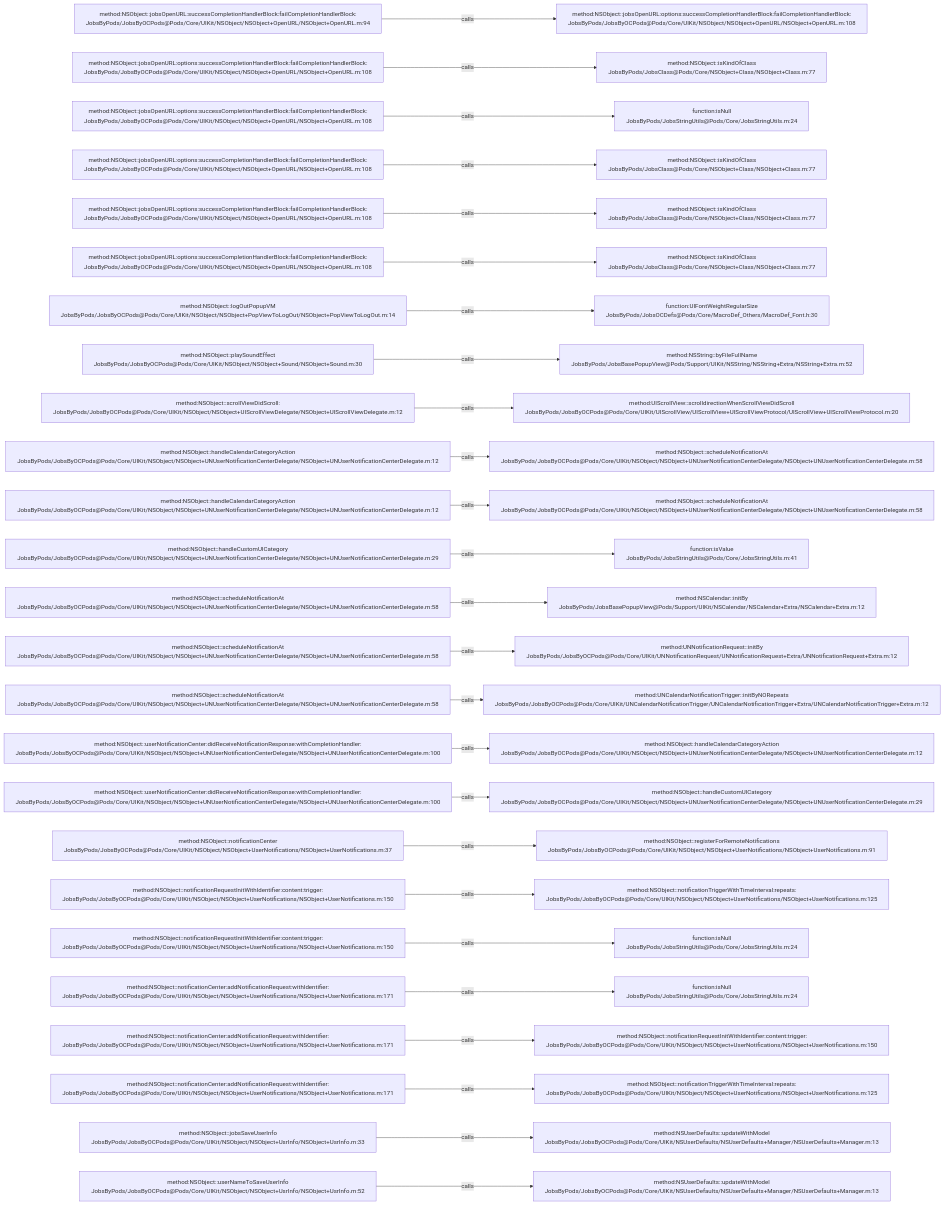
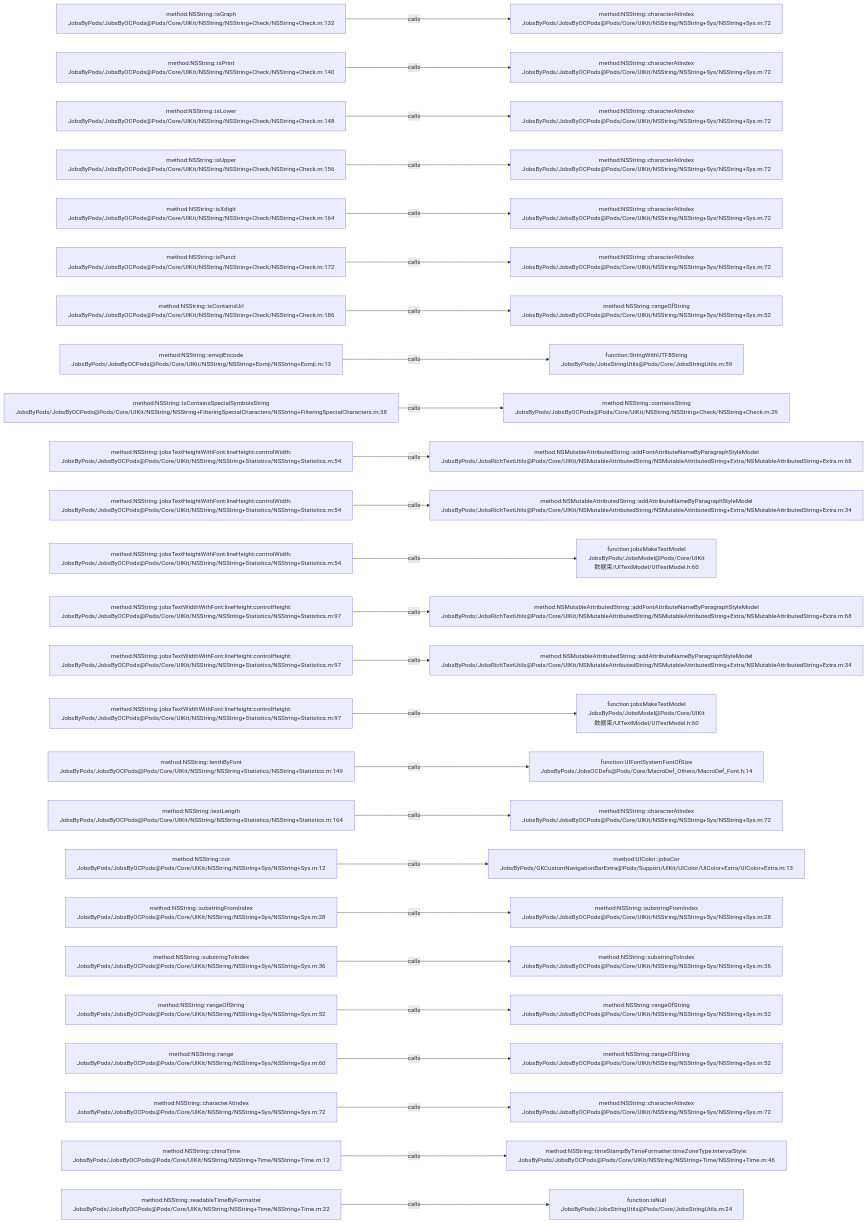
One commit to JobsKits/JobsOCBaseConfigDemo changed the diagram in .codegraph/codegraph.md/graphs/calls-054.md. Above: the diagram before and after it, drawn with Mermaid. The commit also changed 639 other files, not shown here.

````diff
--- a/.codegraph/codegraph.md/graphs/calls-054.md
+++ b/.codegraph/codegraph.md/graphs/calls-054.md
@@ -13,78 +13,78 @@
 ```mermaid
 flowchart LR
-  S1["method:NSObject::jobsOpenURL:successCompletionHandlerBlock:failCompletionHandlerBlock:<br/>JobsByPods/JobsByOCPods@Pods/Core/UIKit/NSObject/NSObject+OpenURL/NSObject+OpenURL.m:94"]
-  T1["method:NSObject::jobsOpenURL:options:successCompletionHandlerBlock:failCompletionHandlerBlock:<br/>JobsByPods/JobsByOCPods@Pods/Core/UIKit/NSObject/NSObject+OpenURL/NSObject+OpenURL.m:108"]
+  S1["method:NSString::isGraph<br/>JobsByPods/JobsByOCPods@Pods/Core/UIKit/NSString/NSString+Check/NSString+Check.m:132"]
+  T1["method:NSString::characterAtIndex<br/>JobsByPods/JobsByOCPods@Pods/Core/UIKit/NSString/NSString+Sys/NSString+Sys.m:72"]
   S1 -->|calls| T1
-  S2["method:NSObject::jobsOpenURL:options:successCompletionHandlerBlock:failCompletionHandlerBlock:<br/>JobsByPods/JobsByOCPods@Pods/Core/UIKit/NSObject/NSObject+OpenURL/NSObject+OpenURL.m:108"]
-  T2["method:NSObject::isKindOfClass<br/>JobsByPods/JobsClass@Pods/Core/NSObject+Class/NSObject+Class.m:77"]
+  S2["method:NSString::isPrint<br/>JobsByPods/JobsByOCPods@Pods/Core/UIKit/NSString/NSString+Check/NSString+Check.m:140"]
+  T2["method:NSString::characterAtIndex<br/>JobsByPods/JobsByOCPods@Pods/Core/UIKit/NSString/NSString+Sys/NSString+Sys.m:72"]
   S2 -->|calls| T2
-  S3["method:NSObject::jobsOpenURL:options:successCompletionHandlerBlock:failCompletionHandlerBlock:<br/>JobsByPods/JobsByOCPods@Pods/Core/UIKit/NSObject/NSObject+OpenURL/NSObject+OpenURL.m:108"]
-  T3["function:isNull<br/>JobsByPods/JobsStringUtils@Pods/Core/JobsStringUtils.m:24"]
+  S3["method:NSString::isLower<br/>JobsByPods/JobsByOCPods@Pods/Core/UIKit/NSString/NSString+Check/NSString+Check.m:148"]
+  T3["method:NSString::characterAtIndex<br/>JobsByPods/JobsByOCPods@Pods/Core/UIKit/NSString/NSString+Sys/NSString+Sys.m:72"]
   S3 -->|calls| T3
-  S4["method:NSObject::jobsOpenURL:options:successCompletionHandlerBlock:failCompletionHandlerBlock:<br/>JobsByPods/JobsByOCPods@Pods/Core/UIKit/NSObject/NSObject+OpenURL/NSObject+OpenURL.m:108"]
-  T4["method:NSObject::isKindOfClass<br/>JobsByPods/JobsClass@Pods/Core/NSObject+Class/NSObject+Class.m:77"]
+  S4["method:NSString::isUpper<br/>JobsByPods/JobsByOCPods@Pods/Core/UIKit/NSString/NSString+Check/NSString+Check.m:156"]
+  T4["method:NSString::characterAtIndex<br/>JobsByPods/JobsByOCPods@Pods/Core/UIKit/NSString/NSString+Sys/NSString+Sys.m:72"]
   S4 -->|calls| T4
-  S5["method:NSObject::jobsOpenURL:options:successCompletionHandlerBlock:failCompletionHandlerBlock:<br/>JobsByPods/JobsByOCPods@Pods/Core/UIKit/NSObject/NSObject+OpenURL/NSObject+OpenURL.m:108"]
-  T5["method:NSObject::isKindOfClass<br/>JobsByPods/JobsClass@Pods/Core/NSObject+Class/NSObject+Class.m:77"]
+  S5["method:NSString::isXdigit<br/>JobsByPods/JobsByOCPods@Pods/Core/UIKit/NSString/NSString+Check/NSString+Check.m:164"]
+  T5["method:NSString::characterAtIndex<br/>JobsByPods/JobsByOCPods@Pods/Core/UIKit/NSString/NSString+Sys/NSString+Sys.m:72"]
   S5 -->|calls| T5
-  S6["method:NSObject::jobsOpenURL:options:successCompletionHandlerBlock:failCompletionHandlerBlock:<br/>JobsByPods/JobsByOCPods@Pods/Core/UIKit/NSObject/NSObject+OpenURL/NSObject+OpenURL.m:108"]
-  T6["method:NSObject::isKindOfClass<br/>JobsByPods/JobsClass@Pods/Core/NSObject+Class/NSObject+Class.m:77"]
+  S6["method:NSString::isPunct<br/>JobsByPods/JobsByOCPods@Pods/Core/UIKit/NSString/NSString+Check/NSString+Check.m:172"]
+  T6["method:NSString::characterAtIndex<br/>JobsByPods/JobsByOCPods@Pods/Core/UIKit/NSString/NSString+Sys/NSString+Sys.m:72"]
   S6 -->|calls| T6
-  S7["method:NSObject::logOutPopupVM<br/>JobsByPods/JobsByOCPods@Pods/Core/UIKit/NSObject/NSObject+PopViewToLogOut/NSObject+PopViewToLogOut.m:14"]
-  T7["function:UIFontWeightRegularSize<br/>JobsByPods/JobsOCDefs@Pods/Core/MacroDef_Others/MacroDef_Font.h:30"]
+  S7["method:NSString::isContainsUrl<br/>JobsByPods/JobsByOCPods@Pods/Core/UIKit/NSString/NSString+Check/NSString+Check.m:186"]
+  T7["method:NSString::rangeOfString<br/>JobsByPods/JobsByOCPods@Pods/Core/UIKit/NSString/NSString+Sys/NSString+Sys.m:52"]
   S7 -->|calls| T7
-  S8["method:NSObject::playSoundEffect<br/>JobsByPods/JobsByOCPods@Pods/Core/UIKit/NSObject/NSObject+Sound/NSObject+Sound.m:30"]
-  T8["method:NSString::byFileFullName<br/>JobsByPods/JobsBasePopupView@Pods/Support/UIKit/NSString/NSString+Extra/NSString+Extra.m:52"]
+  S8["method:NSString::emojiEncode<br/>JobsByPods/JobsByOCPods@Pods/Core/UIKit/NSString/NSString+Eomji/NSString+Eomji.m:13"]
+  T8["function:StringWithUTF8String<br/>JobsByPods/JobsStringUtils@Pods/Core/JobsStringUtils.m:59"]
   S8 -->|calls| T8
-  S9["method:NSObject::scrollViewDidScroll:<br/>JobsByPods/JobsByOCPods@Pods/Core/UIKit/NSObject/NSObject+UIScrollViewDelegate/NSObject+UIScrollViewDelegate.m:12"]
-  T9["method:UIScrollView::scrolldirectionWhenScrollViewDidScroll<br/>JobsByPods/JobsByOCPods@Pods/Core/UIKit/UIScrollView/UIScrollView+UIScrollViewProtocol/UIScrollView+UIScrollViewProtocol.m:20"]
+  S9["method:NSString::isContainsSpecialSymbolsString<br/>JobsByPods/JobsByOCPods@Pods/Core/UIKit/NSString/NSString+FilteringSpecialCharacters/NSString+FilteringSpecialCharacters.m:38"]
+  T9["method:NSString::containsString<br/>JobsByPods/JobsByOCPods@Pods/Core/UIKit/NSString/NSString+Check/NSString+Check.m:29"]
   S9 -->|calls| T9
-  S10["method:NSObject::handleCalendarCategoryAction<br/>JobsByPods/JobsByOCPods@Pods/Core/UIKit/NSObject/NSObject+UNUserNotificationCenterDelegate/NSObject+UNUserNotificationCenterDelegate.m:12"]
-  T10["method:NSObject::scheduleNotificationAt<br/>JobsByPods/JobsByOCPods@Pods/Core/UIKit/NSObject/NSObject+UNUserNotificationCenterDelegate/NSObject+UNUserNotificationCenterDelegate.m:58"]
+  S10["method:NSString::jobsTextHeightWithFont:lineHeight:controlWidth:<br/>JobsByPods/JobsByOCPods@Pods/Core/UIKit/NSString/NSString+Statistics/NSString+Statistics.m:54"]
+  T10["method:NSMutableAttributedString::addFontAttributeNameByParagraphStyleModel<br/>JobsByPods/JobsRichTextUtils@Pods/Core/UIKit/NSMutableAttributedString/NSMutableAttributedString+Extra/NSMutableAttributedString+Extra.m:68"]
   S10 -->|calls| T10
-  S11["method:NSObject::handleCalendarCategoryAction<br/>JobsByPods/JobsByOCPods@Pods/Core/UIKit/NSObject/NSObject+UNUserNotificationCenterDelegate/NSObject+UNUserNotificationCenterDelegate.m:12"]
-  T11["method:NSObject::scheduleNotificationAt<br/>JobsByPods/JobsByOCPods@Pods/Core/UIKit/NSObject/NSObject+UNUserNotificationCenterDelegate/NSObject+UNUserNotificationCenterDelegate.m:58"]
+  S11["method:NSString::jobsTextHeightWithFont:lineHeight:controlWidth:<br/>JobsByPods/JobsByOCPods@Pods/Core/UIKit/NSString/NSString+Statistics/NSString+Statistics.m:54"]
+  T11["method:NSMutableAttributedString::addAttributeNameByParagraphStyleModel<br/>JobsByPods/JobsRichTextUtils@Pods/Core/UIKit/NSMutableAttributedString/NSMutableAttributedString+Extra/NSMutableAttributedString+Extra.m:34"]
   S11 -->|calls| T11
-  S12["method:NSObject::handleCustomUICategory<br/>JobsByPods/JobsByOCPods@Pods/Core/UIKit/NSObject/NSObject+UNUserNotificationCenterDelegate/NSObject+UNUserNotificationCenterDelegate.m:29"]
-  T12["function:isValue<br/>JobsByPods/JobsStringUtils@Pods/Core/JobsStringUtils.m:41"]
+  S12["method:NSString::jobsTextHeightWithFont:lineHeight:controlWidth:<br/>JobsByPods/JobsByOCPods@Pods/Core/UIKit/NSString/NSString+Statistics/NSString+Statistics.m:54"]
+  T12["function:jobsMakeTextModel<br/>JobsByPods/JobsModel@Pods/Core/UIKit数据束/UITextModel/UITextModel.h:60"]
   S12 -->|calls| T12
-  S13["method:NSObject::scheduleNotificationAt<br/>JobsByPods/JobsByOCPods@Pods/Core/UIKit/NSObject/NSObject+UNUserNotificationCenterDelegate/NSObject+UNUserNotificationCenterDelegate.m:58"]
-  T13["method:NSCalendar::initBy<br/>JobsByPods/JobsBasePopupView@Pods/Support/UIKit/NSCalendar/NSCalendar+Extra/NSCalendar+Extra.m:12"]
+  S13["method:NSString::jobsTextWidthWithFont:lineHeight:controlHeight:<br/>JobsByPods/JobsByOCPods@Pods/Core/UIKit/NSString/NSString+Statistics/NSString+Statistics.m:97"]
+  T13["method:NSMutableAttributedString::addFontAttributeNameByParagraphStyleModel<br/>JobsByPods/JobsRichTextUtils@Pods/Core/UIKit/NSMutableAttributedString/NSMutableAttributedString+Extra/NSMutableAttributedString+Extra.m:68"]
   S13 -->|calls| T13
-  S14["method:NSObject::scheduleNotificationAt<br/>JobsByPods/JobsByOCPods@Pods/Core/UIKit/NSObject/NSObject+UNUserNotificationCenterDelegate/NSObject+UNUserNotificationCenterDelegate.m:58"]
-  T14["method:UNNotificationRequest::initBy<br/>JobsByPods/JobsByOCPods@Pods/Core/UIKit/UNNotificationRequest/UNNotificationRequest+Extra/UNNotificationRequest+Extra.m:12"]
+  S14["method:NSString::jobsTextWidthWithFont:lineHeight:controlHeight:<br/>JobsByPods/JobsByOCPods@Pods/Core/UIKit/NSString/NSString+Statistics/NSString+Statistics.m:97"]
+  T14["method:NSMutableAttributedString::addAttributeNameByParagraphStyleModel<br/>JobsByPods/JobsRichTextUtils@Pods/Core/UIKit/NSMutableAttributedString/NSMutableAttributedString+Extra/NSMutableAttributedString+Extra.m:34"]
   S14 -->|calls| T14
-  S15["method:NSObject::scheduleNotificationAt<br/>JobsByPods/JobsByOCPods@Pods/Core/UIKit/NSObject/NSObject+UNUserNotificationCenterDelegate/NSObject+UNUserNotificationCenterDelegate.m:58"]
-  T15["method:UNCalendarNotificationTrigger::initByNORepeats<br/>JobsByPods/JobsByOCPods@Pods/Core/UIKit/UNCalendarNotificationTrigger/UNCalendarNotificationTrigger+Extra/UNCalendarNotificationTrigger+Extra.m:12"]
+  S15["method:NSString::jobsTextWidthWithFont:lineHeight:controlHeight:<br/>JobsByPods/JobsByOCPods@Pods/Core/UIKit/NSString/NSString+Statistics/NSString+Statistics.m:97"]
+  T15["function:jobsMakeTextModel<br/>JobsByPods/JobsModel@Pods/Core/UIKit数据束/UITextModel/UITextModel.h:60"]
   S15 -->|calls| T15
-  S16["method:NSObject::userNotificationCenter:didReceiveNotificationResponse:withCompletionHandler:<br/>JobsByPods/JobsByOCPods@Pods/Core/UIKit/NSObject/NSObject+UNUserNotificationCenterDelegate/NSObject+UNUserNotificationCenterDelegate.m:100"]
-  T16["method:NSObject::handleCalendarCategoryAction<br/>JobsByPods/JobsByOCPods@Pods/Core/UIKit/NSObject/NSObject+UNUserNotificationCenterDelegate/NSObject+UNUserNotificationCenterDelegate.m:12"]
+  S16["method:NSString::lenthByFont<br/>JobsByPods/JobsByOCPods@Pods/Core/UIKit/NSString/NSString+Statistics/NSString+Statistics.m:149"]
+  T16["function:UIFontSystemFontOfSize<br/>JobsByPods/JobsOCDefs@Pods/Core/MacroDef_Others/MacroDef_Font.h:14"]
   S16 -->|calls| T16
-  S17["method:NSObject::userNotificationCenter:didReceiveNotificationResponse:withCompletionHandler:<br/>JobsByPods/JobsByOCPods@Pods/Core/UIKit/NSObject/NSObject+UNUserNotificationCenterDelegate/NSObject+UNUserNotificationCenterDelegate.m:100"]
-  T17["method:NSObject::handleCustomUICategory<br/>JobsByPods/JobsByOCPods@Pods/Core/UIKit/NSObject/NSObject+UNUserNotificationCenterDelegate/NSObject+UNUserNotificationCenterDelegate.m:29"]
+  S17["method:NSString::textLength<br/>JobsByPods/JobsByOCPods@Pods/Core/UIKit/NSString/NSString+Statistics/NSString+Statistics.m:164"]
+  T17["method:NSString::characterAtIndex<br/>JobsByPods/JobsByOCPods@Pods/Core/UIKit/NSString/NSString+Sys/NSString+Sys.m:72"]
   S17 -->|calls| T17
-  S18["method:NSObject::notificationCenter<br/>JobsByPods/JobsByOCPods@Pods/Core/UIKit/NSObject/NSObject+UserNotifications/NSObject+UserNotifications.m:37"]
-  T18["method:NSObject::registerForRemoteNotifications<br/>JobsByPods/JobsByOCPods@Pods/Core/UIKit/NSObject/NSObject+UserNotifications/NSObject+UserNotifications.m:91"]
+  S18["method:NSString::cor<br/>JobsByPods/JobsByOCPods@Pods/Core/UIKit/NSString/NSString+Sys/NSString+Sys.m:12"]
+  T18["method:UIColor::jobsCor<br/>JobsByPods/GKCustomNavigationBarExtra@Pods/Support/UIKit/UIColor/UIColor+Extra/UIColor+Extra.m:13"]
   S18 -->|calls| T18
-  S19["method:NSObject::notificationRequestInitWithIdentifier:content:trigger:<br/>JobsByPods/JobsByOCPods@Pods/Core/UIKit/NSObject/NSObject+UserNotifications/NSObject+UserNotifications.m:150"]
-  T19["method:NSObject::notificationTriggerWithTimeInterval:repeats:<br/>JobsByPods/JobsByOCPods@Pods/Core/UIKit/NSObject/NSObject+UserNotifications/NSObject+UserNotifications.m:125"]
+  S19["method:NSString::substringFromIndex<br/>JobsByPods/JobsByOCPods@Pods/Core/UIKit/NSString/NSString+Sys/NSString+Sys.m:28"]
+  T19["method:NSString::substringFromIndex<br/>JobsByPods/JobsByOCPods@Pods/Core/UIKit/NSString/NSString+Sys/NSString+Sys.m:28"]
   S19 -->|calls| T19
-  S20["method:NSObject::notificationRequestInitWithIdentifier:content:trigger:<br/>JobsByPods/JobsByOCPods@Pods/Core/UIKit/NSObject/NSObject+UserNotifications/NSObject+UserNotifications.m:150"]
-  T20["function:isNull<br/>JobsByPods/JobsStringUtils@Pods/Core/JobsStringUtils.m:24"]
+  S20["method:NSString::substringToIndex<br/>JobsByPods/JobsByOCPods@Pods/Core/UIKit/NSString/NSString+Sys/NSString+Sys.m:36"]
+  T20["method:NSString::substringToIndex<br/>JobsByPods/JobsByOCPods@Pods/Core/UIKit/NSString/NSString+Sys/NSString+Sys.m:36"]
   S20 -->|calls| T20
-  S21["method:NSObject::notificationCenter:addNotificationRequest:withIdentifier:<br/>JobsByPods/JobsByOCPods@Pods/Core/UIKit/NSObject/NSObject+UserNotifications/NSObject+UserNotifications.m:171"]
-  T21["function:isNull<br/>JobsByPods/JobsStringUtils@Pods/Core/JobsStringUtils.m:24"]
+  S21["method:NSString::rangeOfString<br/>JobsByPods/JobsByOCPods@Pods/Core/UIKit/NSString/NSString+Sys/NSString+Sys.m:52"]
+  T21["method:NSString::rangeOfString<br/>JobsByPods/JobsByOCPods@Pods/Core/UIKit/NSString/NSString+Sys/NSString+Sys.m:52"]
   S21 -->|calls| T21
-  S22["method:NSObject::notificationCenter:addNotificationRequest:withIdentifier:<br/>JobsByPods/JobsByOCPods@Pods/Core/UIKit/NSObject/NSObject+UserNotifications/NSObject+UserNotifications.m:171"]
-  T22["method:NSObject::notificationRequestInitWithIdentifier:content:trigger:<br/>JobsByPods/JobsByOCPods@Pods/Core/UIKit/NSObject/NSObject+UserNotifications/NSObject+UserNotifications.m:150"]
+  S22["method:NSString::range<br/>JobsByPods/JobsByOCPods@Pods/Core/UIKit/NSString/NSString+Sys/NSString+Sys.m:60"]
+  T22["method:NSString::rangeOfString<br/>JobsByPods/JobsByOCPods@Pods/Core/UIKit/NSString/NSString+Sys/NSString+Sys.m:52"]
   S22 -->|calls| T22
-  S23["method:NSObject::notificationCenter:addNotificationRequest:withIdentifier:<br/>JobsByPods/JobsByOCPods@Pods/Core/UIKit/NSObject/NSObject+UserNotifications/NSObject+UserNotifications.m:171"]
-  T23["method:NSObject::notificationTriggerWithTimeInterval:repeats:<br/>JobsByPods/JobsByOCPods@Pods/Core/UIKit/NSObject/NSObject+UserNotifications/NSObject+UserNotifications.m:125"]
+  S23["method:NSString::characterAtIndex<br/>JobsByPods/JobsByOCPods@Pods/Core/UIKit/NSString/NSString+Sys/NSString+Sys.m:72"]
+  T23["method:NSString::characterAtIndex<br/>JobsByPods/JobsByOCPods@Pods/Core/UIKit/NSString/NSString+Sys/NSString+Sys.m:72"]
   S23 -->|calls| T23
-  S24["method:NSObject::jobsSaveUserInfo<br/>JobsByPods/JobsByOCPods@Pods/Core/UIKit/NSObject/NSObject+UsrInfo/NSObject+UsrInfo.m:33"]
-  T24["method:NSUserDefaults::updateWithModel<br/>JobsByPods/JobsByOCPods@Pods/Core/UIKit/NSUserDefaults/NSUserDefaults+Manager/NSUserDefaults+Manager.m:13"]
+  S24["method:NSString::chinaTime<br/>JobsByPods/JobsByOCPods@Pods/Core/UIKit/NSString/NSString+Time/NSString+Time.m:12"]
+  T24["method:NSString::timeStampByTimeFormatter:timeZoneType:intervalStyle:<br/>JobsByPods/JobsByOCPods@Pods/Core/UIKit/NSString/NSString+Time/NSString+Time.m:46"]
   S24 -->|calls| T24
-  S25["method:NSObject::userNameToSaveUserInfo<br/>JobsByPods/JobsByOCPods@Pods/Core/UIKit/NSObject/NSObject+UsrInfo/NSObject+UsrInfo.m:52"]
-  T25["method:NSUserDefaults::updateWithModel<br/>JobsByPods/JobsByOCPods@Pods/Core/UIKit/NSUserDefaults/NSUserDefaults+Manager/NSUserDefaults+Manager.m:13"]
+  S25["method:NSString::readableTimeByFormatter<br/>JobsByPods/JobsByOCPods@Pods/Core/UIKit/NSString/NSString+Time/NSString+Time.m:22"]
+  T25["function:isNull<br/>JobsByPods/JobsStringUtils@Pods/Core/JobsStringUtils.m:24"]
   S25 -->|calls| T25
 ```
````
